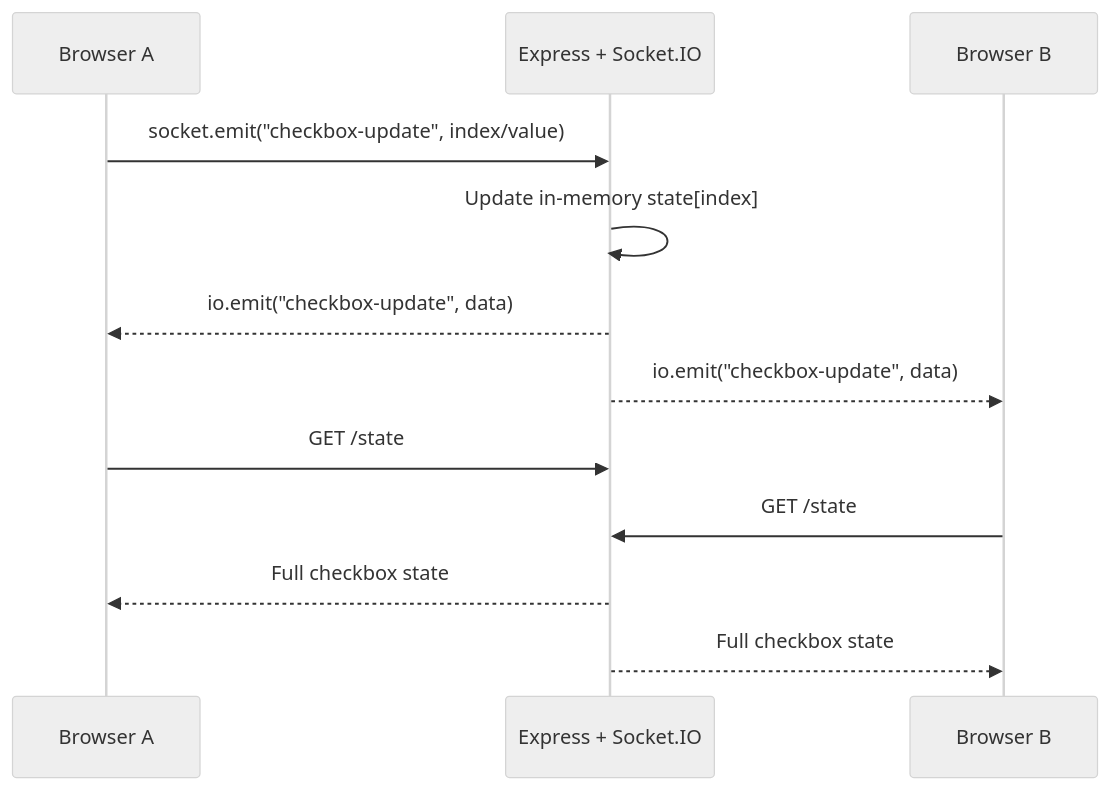
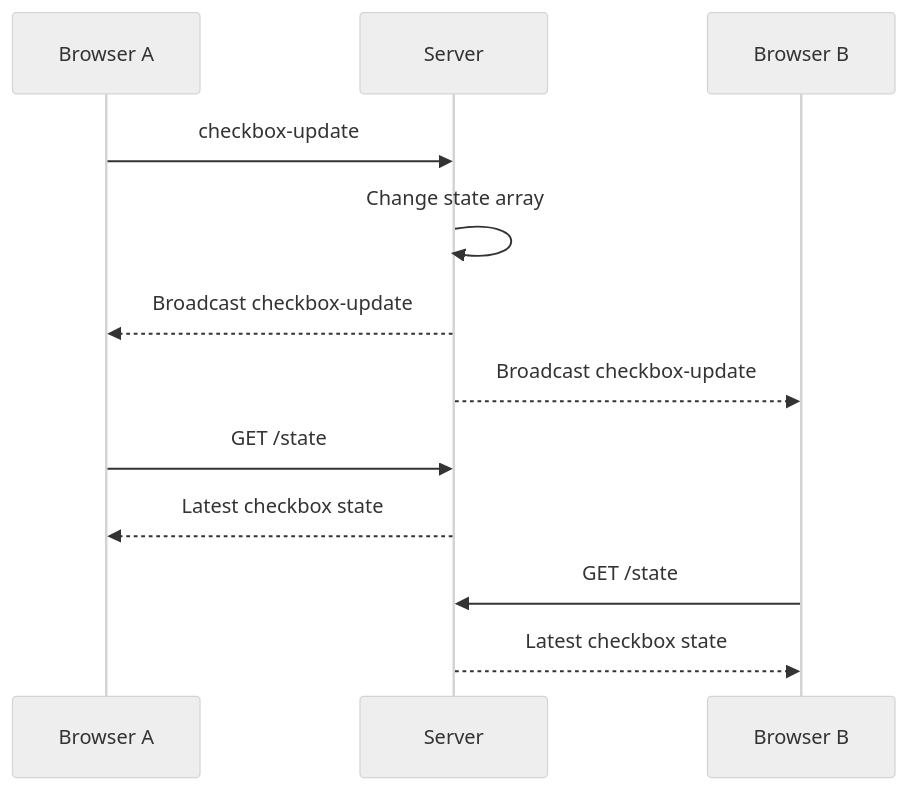
The fifth of 5 diagrams in redis/WEBSOCKETS.md (vanshbaranwal/backend-projects), drawn with Mermaid (neutral theme) before and after one commit. The commit also changed other lines of this file and 4 other files, not shown here.

Commit message:
docs: preserve handwritten notes and clarify diagrams

````diff
--- a/redis/WEBSOCKETS.md
+++ b/redis/WEBSOCKETS.md
@@ -193,14 +169,14 @@
 ```mermaid
 sequenceDiagram
     participant A as Browser A
-    participant S as Express + Socket.IO
+    participant S as Server
     participant B as Browser B
-    A->>S: socket.emit("checkbox-update", index/value)
-    S->>S: Update in-memory state[index]
-    S-->>A: io.emit("checkbox-update", data)
-    S-->>B: io.emit("checkbox-update", data)
+    A->>S: checkbox-update
+    S->>S: Change state array
+    S-->>A: Broadcast checkbox-update
+    S-->>B: Broadcast checkbox-update
     A->>S: GET /state
+    S-->>A: Latest checkbox state
     B->>S: GET /state
-    S-->>A: Full checkbox state
-    S-->>B: Full checkbox state
+    S-->>B: Latest checkbox state
 ```
````
